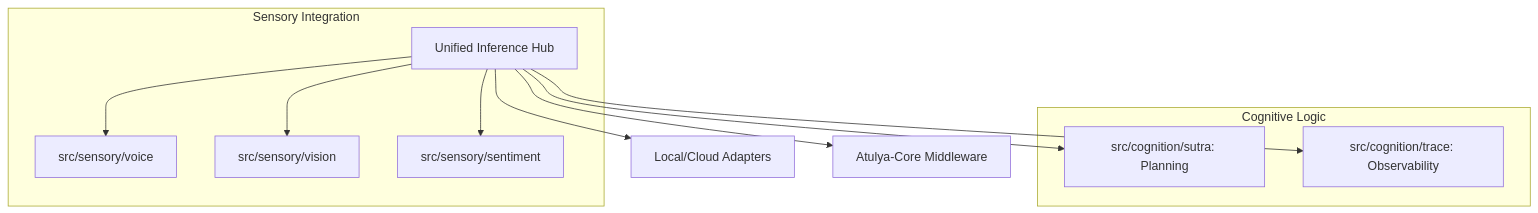
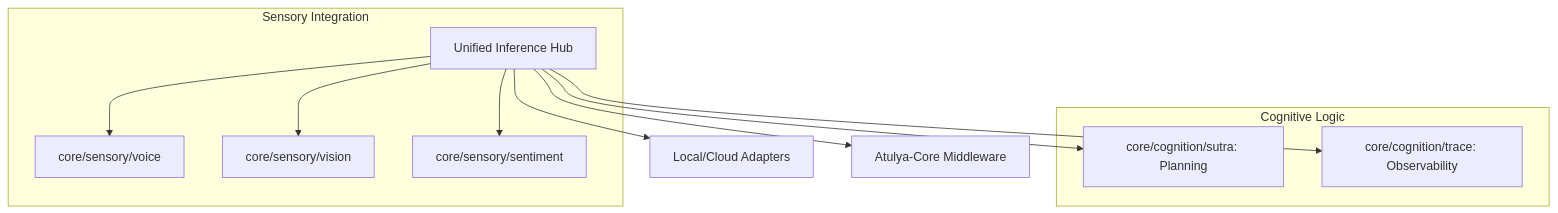
The diagram in README.md (atulyaai/Tantra-LLM), drawn with Mermaid before and after one commit. The commit also changed other lines of this file and 11 other files, not shown here.

Commit message:
Nexus v1.0.0: Architecture Refactor (src -> core)

````diff
--- a/README.md
+++ b/README.md
@@ -7,17 +7,17 @@
 ```mermaid
 graph TD
     Hub[Unified Inference Hub] --> Adapters[Local/Cloud Adapters]
     
     subgraph "Sensory Integration"
-        Hub --> Voice[src/sensory/voice]
-        Hub --> Vision[src/sensory/vision]
-        Hub --> Sentiment[src/sensory/sentiment]
+        Hub --> Voice[core/sensory/voice]
+        Hub --> Vision[core/sensory/vision]
+        Hub --> Sentiment[core/sensory/sentiment]
     end
 
     subgraph "Cognitive Logic"
-        Hub --> Sutra[src/cognition/sutra: Planning]
-        Hub --> Trace[src/cognition/trace: Observability]
+        Hub --> Sutra[core/cognition/sutra: Planning]
+        Hub --> Trace[core/cognition/trace: Observability]
     end
     
     Hub --> Middleware[Atulya-Core Middleware]
 ```
````
